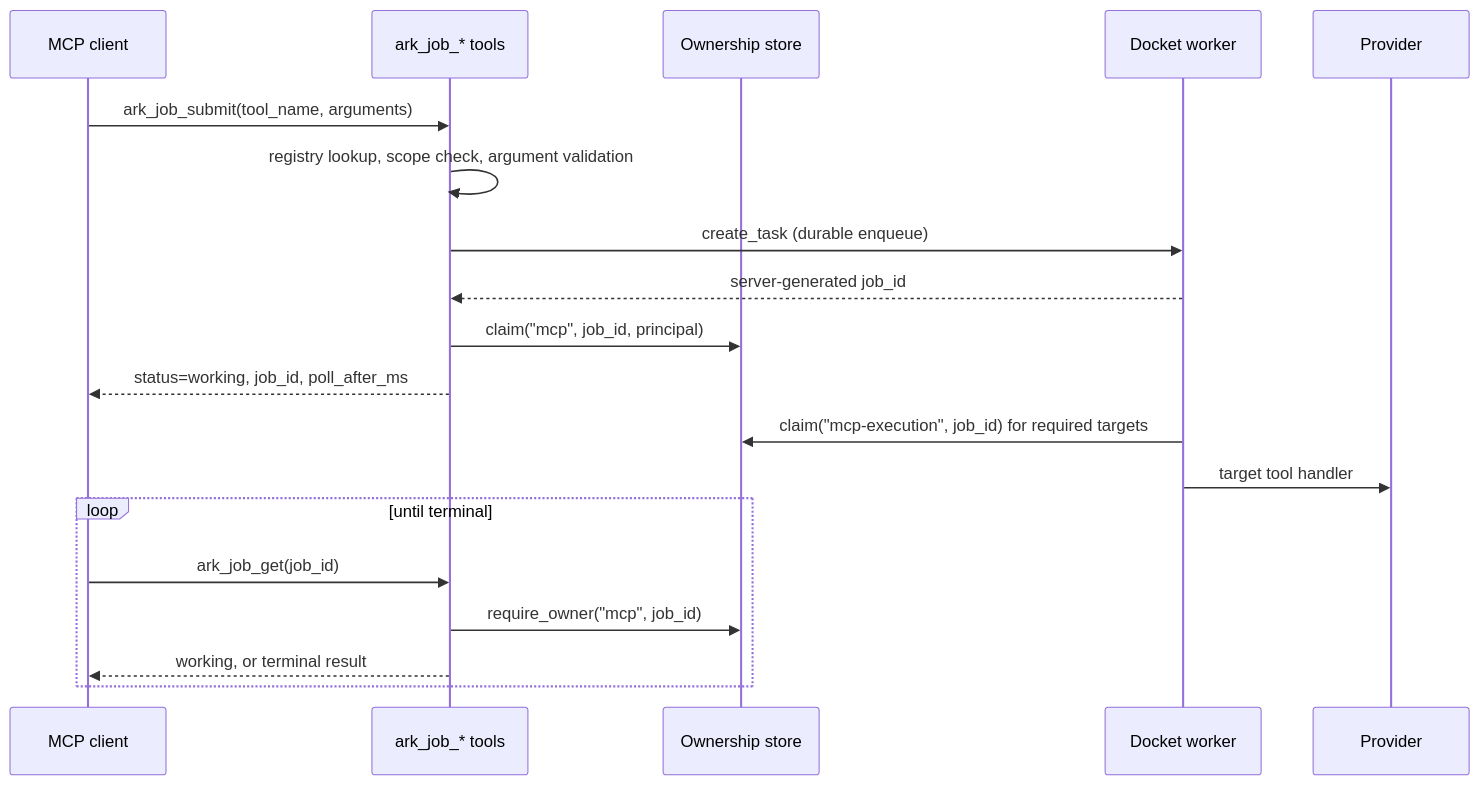
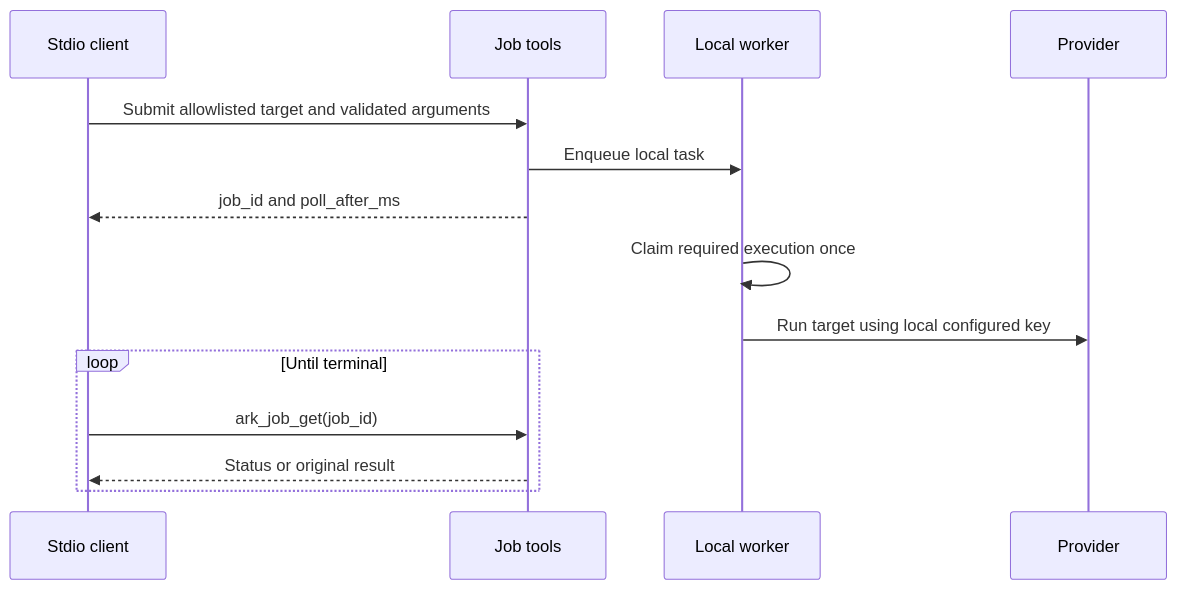
One commit to byteplus-sa/seed-mcp changed the diagram in specs/SPEC_BACKGROUND_JOBS.md. Above: the diagram before and after it, drawn with Mermaid. The commit also changed other lines of this file and 180 other files, not shown here.

````diff
--- a/specs/SPEC_BACKGROUND_JOBS.md
+++ b/specs/SPEC_BACKGROUND_JOBS.md
@@ -48,22 +68,16 @@
 ```mermaid
 sequenceDiagram
-    participant C as MCP client
-    participant J as ark_job_* tools
-    participant O as Ownership store
-    participant D as Docket worker
+    participant C as Stdio client
+    participant J as Job tools
+    participant W as Local worker
     participant P as Provider
-
-    C->>J: ark_job_submit(tool_name, arguments)
-    J->>J: registry lookup, scope check, argument validation
-    J->>D: create_task (durable enqueue)
-    D-->>J: server-generated job_id
-    J->>O: claim("mcp", job_id, principal)
-    J-->>C: status=working, job_id, poll_after_ms
-    D->>O: claim("mcp-execution", job_id) for required targets
-    D->>P: target tool handler
-    loop until terminal
+    C->>J: Submit allowlisted target and validated arguments
+    J->>W: Enqueue local task
+    J-->>C: job_id and poll_after_ms
+    W->>W: Claim required execution once
+    W->>P: Run target using local configured key
+    loop Until terminal
         C->>J: ark_job_get(job_id)
-        J->>O: require_owner("mcp", job_id)
-        J-->>C: working, or terminal result
+        J-->>C: Status or original result
     end
 ```
````
